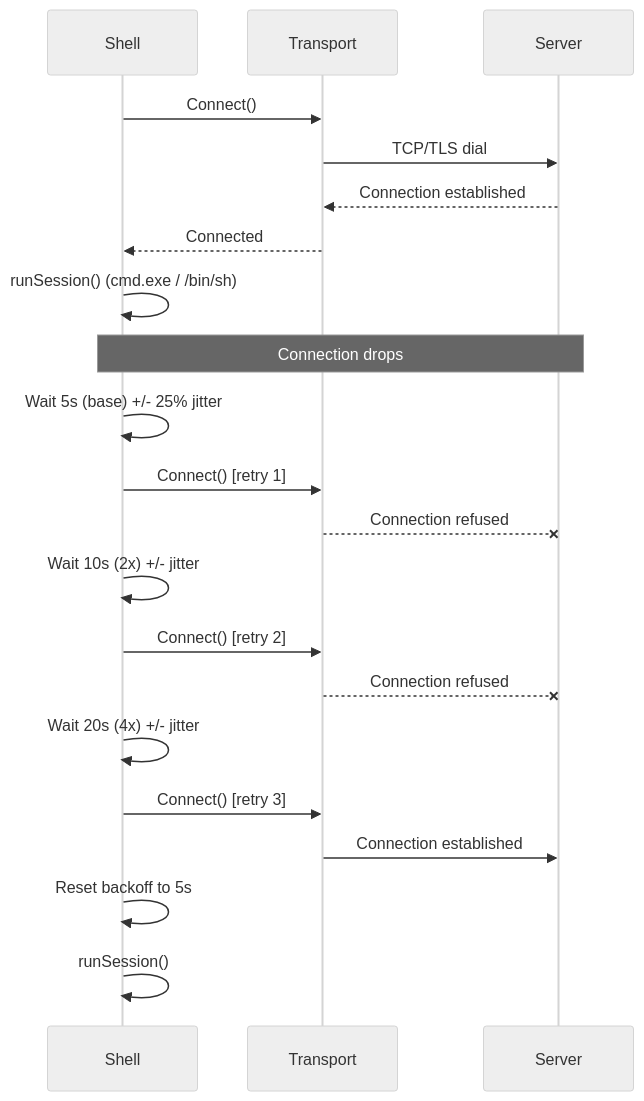
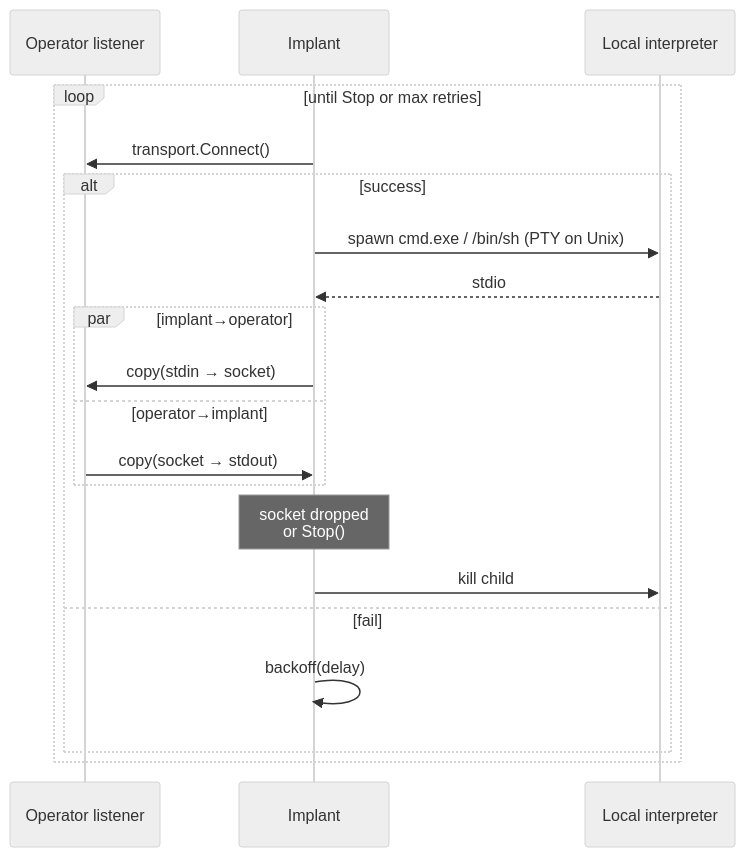
One commit to oioio-space/maldev changed the second of 2 diagrams in docs/techniques/c2/reverse-shell.md. Above: the diagram before and after it, drawn with Mermaid (neutral theme). The commit also changed other lines of this file and 8 other files, not shown here.

````diff
--- a/docs/techniques/c2/reverse-shell.md
+++ b/docs/techniques/c2/reverse-shell.md
@@ -45,29 +62,23 @@
 ```mermaid
 sequenceDiagram
-    participant Shell
-    participant Transport
-    participant Server
+    participant Op as Operator listener
+    participant Imp as Implant
+    participant Sh as Local interpreter
 
-    Shell->>Transport: Connect()
-    Transport->>Server: TCP/TLS dial
-    Server-->>Transport: Connection established
-    Transport-->>Shell: Connected
-
-    Shell->>Shell: runSession() (cmd.exe / /bin/sh)
-
-    Note over Shell,Server: Connection drops
-
-    Shell->>Shell: Wait 5s (base) +/- 25% jitter
-    Shell->>Transport: Connect() [retry 1]
-    Transport--xServer: Connection refused
-
-    Shell->>Shell: Wait 10s (2x) +/- jitter
-    Shell->>Transport: Connect() [retry 2]
-    Transport--xServer: Connection refused
-
-    Shell->>Shell: Wait 20s (4x) +/- jitter
-    Shell->>Transport: Connect() [retry 3]
-    Transport->>Server: Connection established
-    Shell->>Shell: Reset backoff to 5s
-    Shell->>Shell: runSession()
+    loop until Stop or max retries
+        Imp->>Op: transport.Connect()
+        alt success
+            Imp->>Sh: spawn cmd.exe / /bin/sh (PTY on Unix)
+            Sh-->>Imp: stdio
+            par implant→operator
+                Imp->>Op: copy(stdin → socket)
+            and operator→implant
+                Op->>Imp: copy(socket → stdout)
+            end
+            Note over Imp: socket dropped<br/>or Stop()
+            Imp->>Sh: kill child
+        else fail
+            Imp->>Imp: backoff(delay)
+        end
+    end
 ```
````
